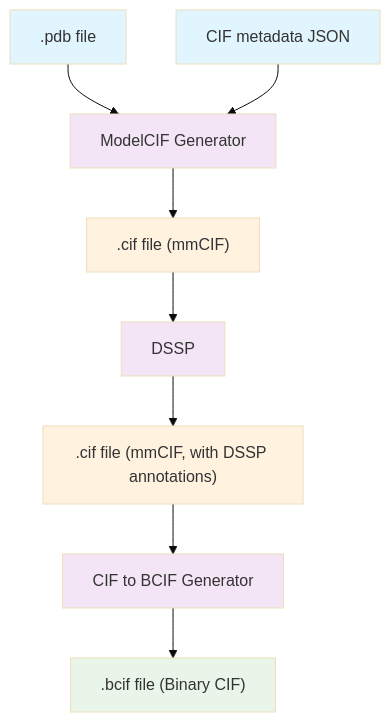
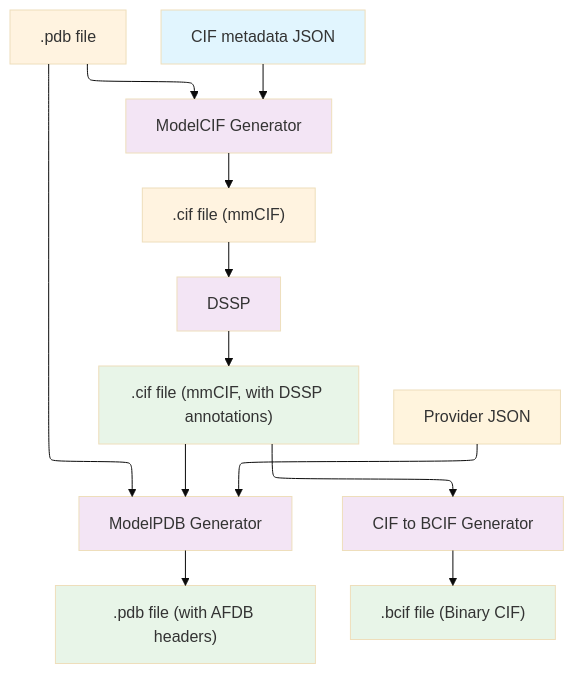
The diagram in README.md (PDBeurope/AFDB-Integration-Kit), drawn with Mermaid (base theme) before and after one commit.

Commit message:
Refine workflow diagram and validation docs

````diff
--- a/README.md
+++ b/README.md
@@ -477,19 +477,26 @@
 ```mermaid
+---
+config:
+  layout: elk
+---
 flowchart TD
-    A[".pdb file"] --> C[ModelCIF Generator]
+    A[".pdb file"] --> C["ModelCIF Generator"] & J["ModelPDB Generator"]
     B["CIF metadata JSON"] --> C
     C --> D[".cif file (mmCIF)"]
-    D --> E[DSSP]
+    D --> E["DSSP"]
     E --> F[".cif file (mmCIF, with DSSP annotations)"]
-    F --> G[CIF to BCIF Generator]
+    F --> J & G["CIF to BCIF Generator"]
+    I["Provider JSON"] --> J
+    J --> K[".pdb file (with AFDB headers)"]
     G --> H[".bcif file (Binary CIF)"]
-
-    style A fill:#e1f5fe
+    style A fill:#fff3e0
+    style C fill:#f3e5f5
+    style J fill:#f3e5f5
     style B fill:#e1f5fe
     style D fill:#fff3e0
-    style F fill:#fff3e0
+    style E fill:#f3e5f5
+    style F fill:#e8f5e8
+    style G fill:#f3e5f5
+    style K fill:#e8f5e8
     style H fill:#e8f5e8
-    style C fill:#f3e5f5
-    style E fill:#f3e5f5
-    style G fill:#f3e5f5
 ```
````
